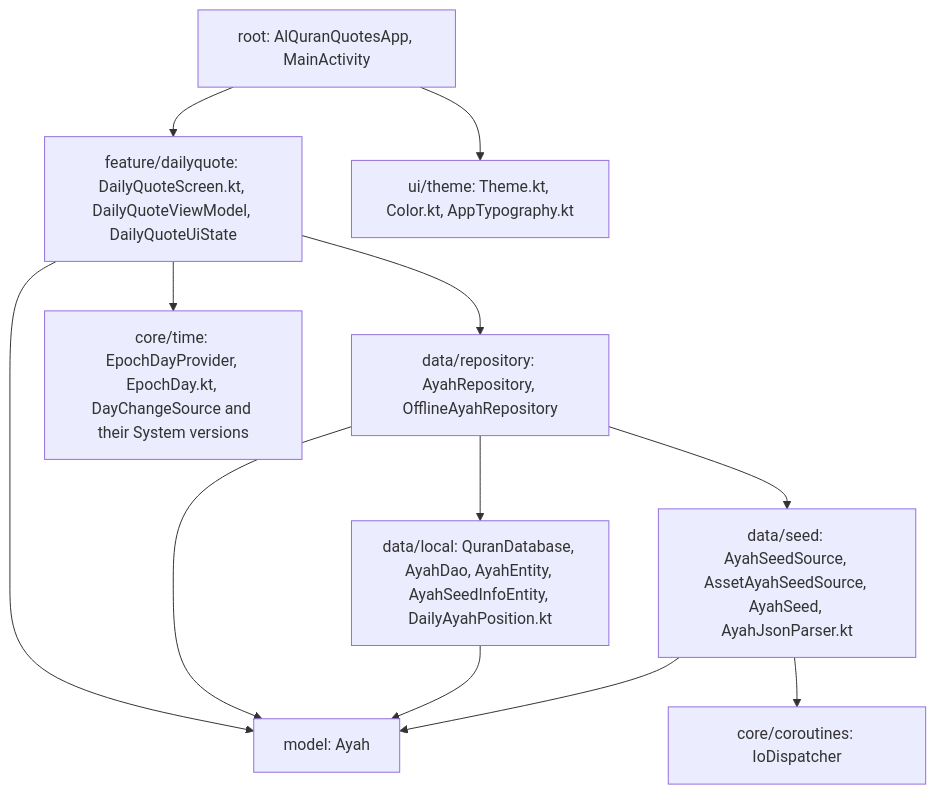
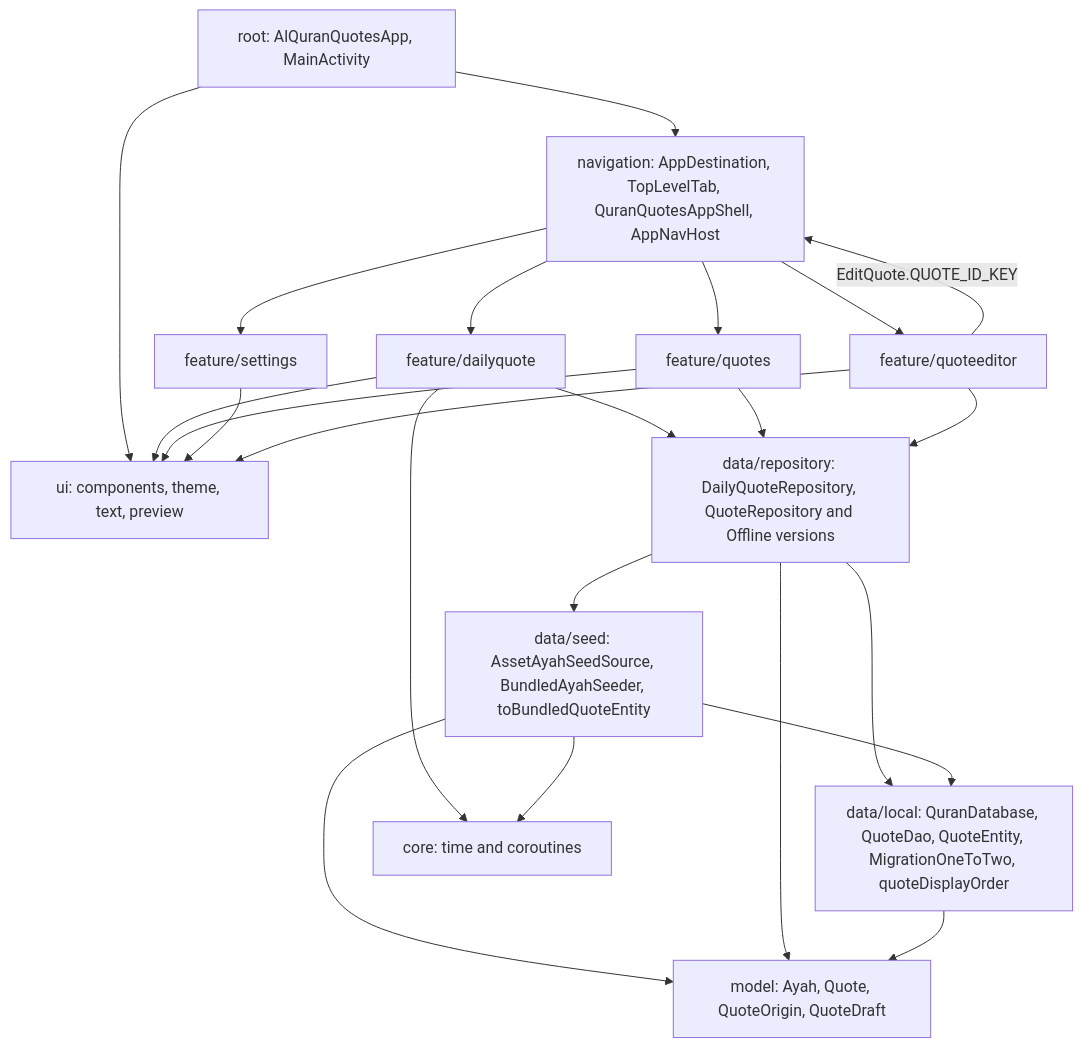
Before and after one commit to shibbirweb/al-quran-quotes-android: the first of 2 diagrams in docs/Developer-Project-Structure.md, drawn with Mermaid. The commit also changed other lines of this file and 206 other files, not shown here.

First line of the commit message:
feat: add bottom navigation, quote CRUD with editable bundled ayahs, and a Room schema history check

````diff
--- a/docs/Developer-Project-Structure.md
+++ b/docs/Developer-Project-Structure.md
@@ -36,23 +43,37 @@
 ```mermaid
 flowchart TD
     Root["root: AlQuranQuotesApp, MainActivity"]
-    Feature["feature/dailyquote: DailyQuoteScreen.kt, DailyQuoteViewModel, DailyQuoteUiState"]
-    Theme["ui/theme: Theme.kt, Color.kt, AppTypography.kt"]
-    Repository["data/repository: AyahRepository, OfflineAyahRepository"]
-    Local["data/local: QuranDatabase, AyahDao, AyahEntity, AyahSeedInfoEntity, DailyAyahPosition.kt"]
-    Seed["data/seed: AyahSeedSource, AssetAyahSeedSource, AyahSeed, AyahJsonParser.kt"]
-    Time["core/time: EpochDayProvider, EpochDay.kt, DayChangeSource and their System versions"]
-    Coroutines["core/coroutines: IoDispatcher"]
-    Model["model: Ayah"]
-    Root --> Feature
-    Root --> Theme
-    Feature --> Repository
-    Feature --> Time
-    Feature --> Model
+    Navigation["navigation: AppDestination, TopLevelTab, QuranQuotesAppShell, AppNavHost"]
+    Home["feature/dailyquote"]
+    Quotes["feature/quotes"]
+    Editor["feature/quoteeditor"]
+    Settings["feature/settings"]
+    SharedUi["ui: components, theme, text, preview"]
+    Repository["data/repository: DailyQuoteRepository, QuoteRepository and Offline versions"]
+    Local["data/local: QuranDatabase, QuoteDao, QuoteEntity, MigrationOneToTwo, quoteDisplayOrder"]
+    Seed["data/seed: AssetAyahSeedSource, BundledAyahSeeder, toBundledQuoteEntity"]
+    Core["core: time and coroutines"]
+    Model["model: Ayah, Quote, QuoteOrigin, QuoteDraft"]
+    Root --> Navigation
+    Root --> SharedUi
+    Navigation --> Home
+    Navigation --> Quotes
+    Navigation --> Editor
+    Navigation --> Settings
+    Editor -->|"EditQuote.QUOTE_ID_KEY"| Navigation
+    Home --> SharedUi
+    Quotes --> SharedUi
+    Settings --> SharedUi
+    Editor --> SharedUi
+    Home --> Core
+    Home --> Repository
+    Quotes --> Repository
+    Editor --> Repository
     Repository --> Local
     Repository --> Seed
+    Seed --> Local
+    Seed --> Model
+    Seed --> Core
     Repository --> Model
     Local --> Model
-    Seed --> Model
-    Seed --> Coroutines
 ```
````
